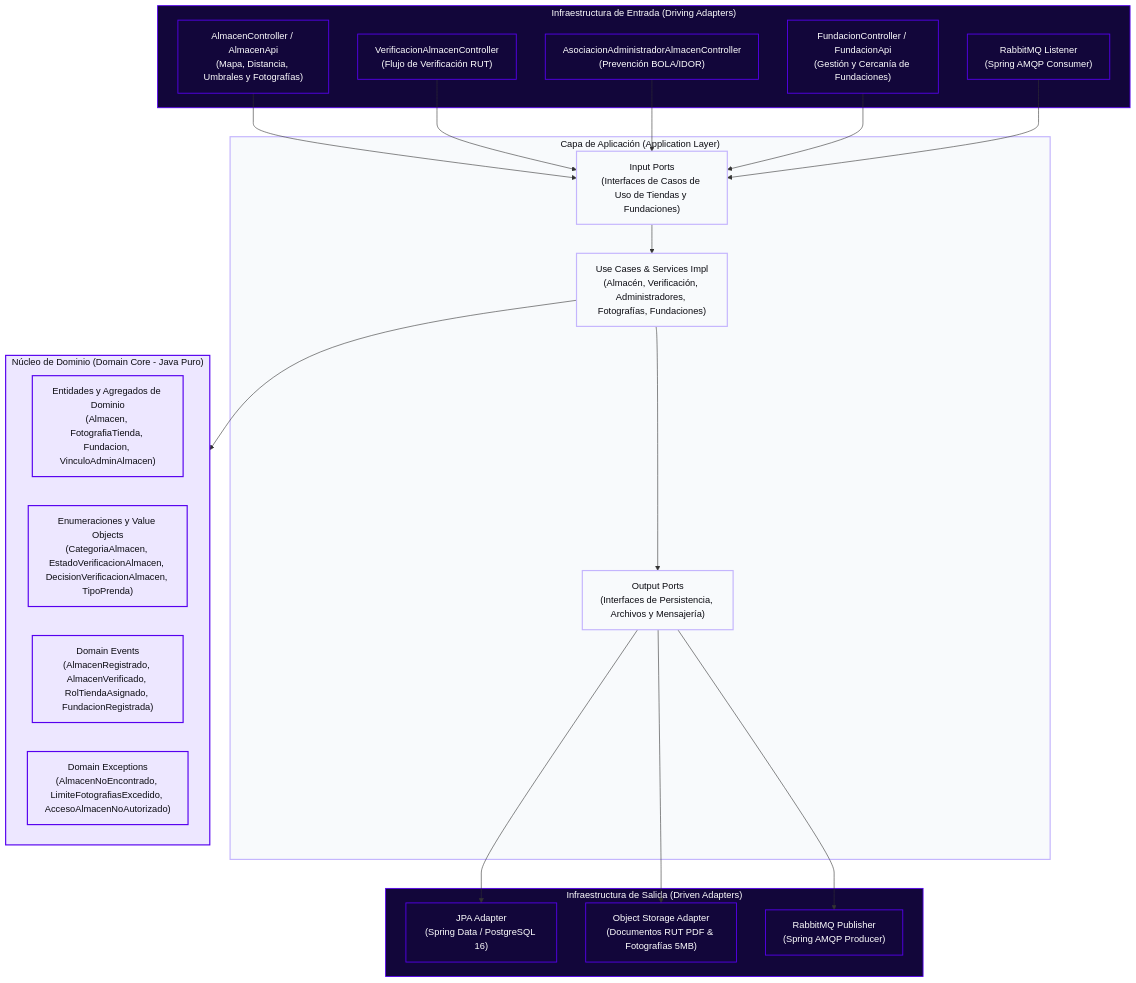
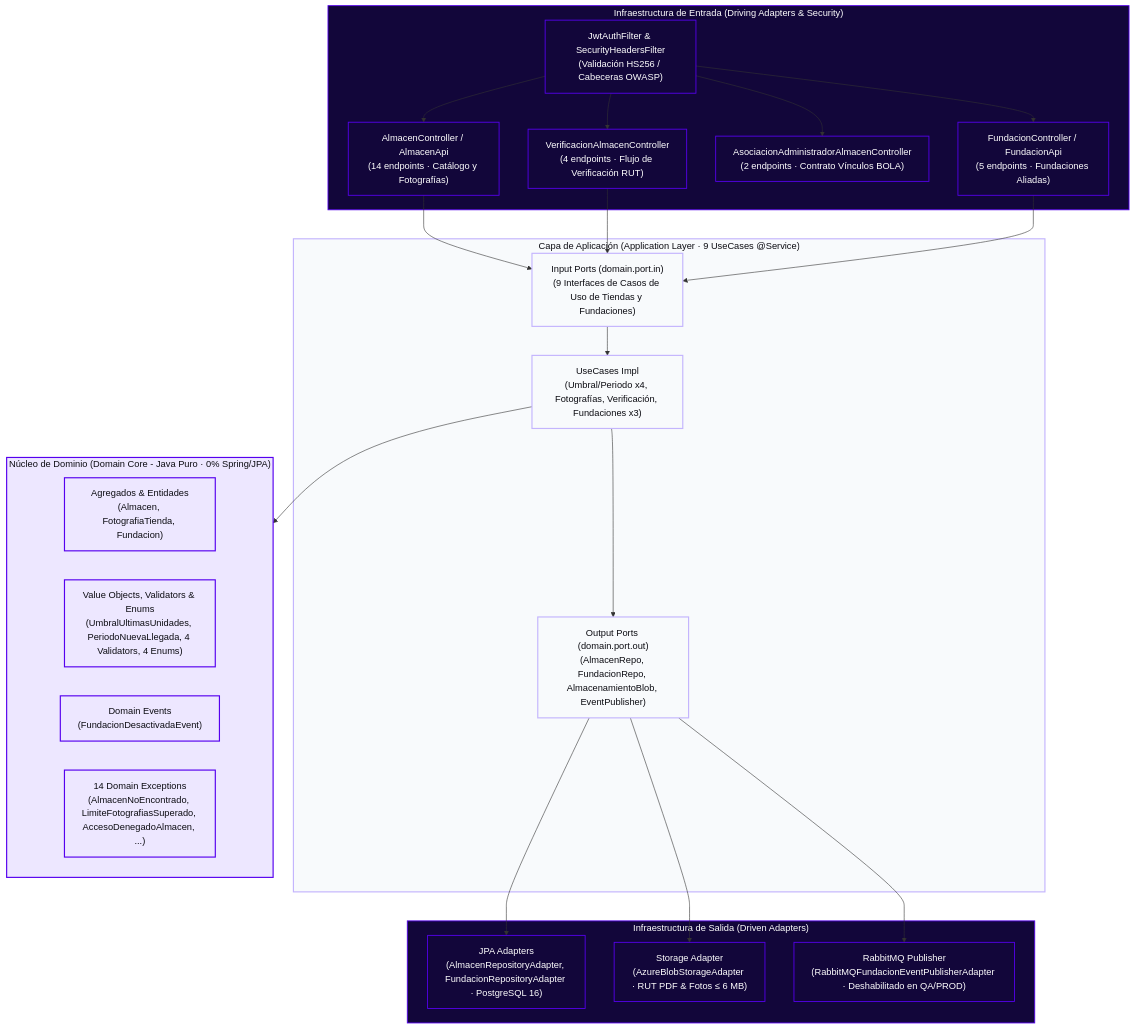
One commit to StyleRadar1/CADCHE-Stores-Service changed the second of 4 diagrams in README.md. Above: the diagram before and after it, drawn with Mermaid. The commit also changed other lines of this file and 17 other files, not shown here.

Commit message:
chore(audit): align Java 21 LTS, UML diagrams, README, RabbitMQ health and CI/CD

````diff
--- a/README.md
+++ b/README.md
@@ -191,49 +191,51 @@
 ```mermaid
 flowchart TD
-    subgraph INFRA_IN["Infraestructura de Entrada (Driving Adapters)"]
-        REST_ALM["AlmacenController / AlmacenApi<br>(Mapa, Distancia, Umbrales y Fotografías)"]
-        REST_VER["VerificacionAlmacenController<br>(Flujo de Verificación RUT)"]
-        REST_ASO["AsociacionAdministradorAlmacenController<br>(Prevención BOLA/IDOR)"]
-        REST_FUN["FundacionController / FundacionApi<br>(Gestión y Cercanía de Fundaciones)"]
-        AMQP_IN["RabbitMQ Listener<br>(Spring AMQP Consumer)"]
+    subgraph INFRA_IN["Infraestructura de Entrada (Driving Adapters & Security)"]
+        SEC["JwtAuthFilter &amp; SecurityHeadersFilter<br>(Validación HS256 / Cabeceras OWASP)"]
+        REST_ALM["AlmacenController / AlmacenApi<br>(14 endpoints · Catálogo y Fotografías)"]
+        REST_VER["VerificacionAlmacenController<br>(4 endpoints · Flujo de Verificación RUT)"]
+        REST_ASO["AsociacionAdministradorAlmacenController<br>(2 endpoints · Contrato Vínculos BOLA)"]
+        REST_FUN["FundacionController / FundacionApi<br>(5 endpoints · Fundaciones Aliadas)"]
     end
 
-    subgraph APP["Capa de Aplicación (Application Layer)"]
-        IN_PORT["Input Ports<br>(Interfaces de Casos de Uso de Tiendas y Fundaciones)"]
-        USE_CASES["Use Cases & Services Impl<br>(Almacén, Verificación, Administradores, Fotografías, Fundaciones)"]
-        OUT_PORT["Output Ports<br>(Interfaces de Persistencia, Archivos y Mensajería)"]
+    subgraph APP["Capa de Aplicación (Application Layer · 9 UseCases @Service)"]
+        IN_PORT["Input Ports (domain.port.in)<br>(9 Interfaces de Casos de Uso de Tiendas y Fundaciones)"]
+        USE_CASES["UseCases Impl<br>(Umbral/Periodo x4, Fotografías, Verificación, Fundaciones x3)"]
+        OUT_PORT["Output Ports (domain.port.out)<br>(AlmacenRepo, FundacionRepo, AlmacenamientoBlob, EventPublisher)"]
     end
 
-    subgraph DOMAIN["Núcleo de Dominio (Domain Core - Java Puro)"]
-        ENTITIES["Entidades y Agregados de Dominio<br>(Almacen, FotografiaTienda, Fundacion, VinculoAdminAlmacen)"]
-        VO["Enumeraciones y Value Objects<br>(CategoriaAlmacen, EstadoVerificacionAlmacen, DecisionVerificacionAlmacen, TipoPrenda)"]
-        EVENTS["Domain Events<br>(AlmacenRegistrado, AlmacenVerificado, RolTiendaAsignado, FundacionRegistrada)"]
-        EXCEPTIONS["Domain Exceptions<br>(AlmacenNoEncontrado, LimiteFotografiasExcedido, AccesoAlmacenNoAutorizado)"]
+    subgraph DOMAIN["Núcleo de Dominio (Domain Core - Java Puro · 0% Spring/JPA)"]
+        ENTITIES["Agregados &amp; Entidades<br>(Almacen, FotografiaTienda, Fundacion)"]
+        VO["Value Objects, Validators &amp; Enums<br>(UmbralUltimasUnidades, PeriodoNuevaLlegada, 4 Validators, 4 Enums)"]
+        EVENTS["Domain Events<br>(FundacionDesactivadaEvent)"]
+        EXCEPTIONS["14 Domain Exceptions<br>(AlmacenNoEncontrado, LimiteFotografiasSuperado, AccesoDenegadoAlmacen, ...)"]
     end
 
     subgraph INFRA_OUT["Infraestructura de Salida (Driven Adapters)"]
-        JPA_REPO["JPA Adapter<br>(Spring Data / PostgreSQL 16)"]
-        STORAGE_OUT["Object Storage Adapter<br>(Documentos RUT PDF & Fotografías 5MB)"]
-        RABBIT_PUB["RabbitMQ Publisher<br>(Spring AMQP Producer)"]
+        JPA_REPO["JPA Adapters<br>(AlmacenRepositoryAdapter, FundacionRepositoryAdapter · PostgreSQL 16)"]
+        STORAGE_OUT["Storage Adapter<br>(AzureBlobStorageAdapter · RUT PDF &amp; Fotos ≤ 6 MB)"]
+        RABBIT_PUB["RabbitMQ Publisher<br>(RabbitMQFundacionEventPublisherAdapter · Deshabilitado en QA/PROD)"]
     end
 
+    SEC --> REST_ALM
+    SEC --> REST_VER
+    SEC --> REST_ASO
+    SEC --> REST_FUN
     REST_ALM --> IN_PORT
     REST_VER --> IN_PORT
-    REST_ASO --> IN_PORT
     REST_FUN --> IN_PORT
-    AMQP_IN --> IN_PORT
     IN_PORT --> USE_CASES
     USE_CASES --> DOMAIN
     USE_CASES --> OUT_PORT
     OUT_PORT --> JPA_REPO
     OUT_PORT --> STORAGE_OUT
     OUT_PORT --> RABBIT_PUB
 
     classDef domain fill:#EDE7FF,stroke:#5600EF,stroke-width:2px,color:#0C0C12;
     classDef app fill:#F8FAFC,stroke:#C4B5FD,stroke-width:2px,color:#0C0C12;
     classDef infra fill:#12063A,stroke:#5600EF,stroke-width:1.5px,color:#FFFFFF;
 
     class DOMAIN,ENTITIES,VO,EVENTS,EXCEPTIONS domain;
     class APP,IN_PORT,USE_CASES,OUT_PORT app;
-    class INFRA_IN,INFRA_OUT,REST_ALM,REST_VER,REST_ASO,REST_FUN,AMQP_IN,JPA_REPO,STORAGE_OUT,RABBIT_PUB infra;
+    class INFRA_IN,INFRA_OUT,SEC,REST_ALM,REST_VER,REST_ASO,REST_FUN,JPA_REPO,STORAGE_OUT,RABBIT_PUB infra;
 ```
````
